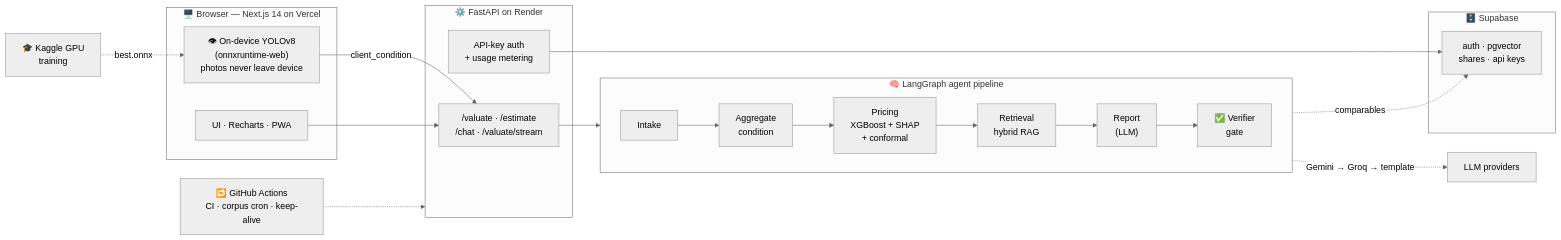
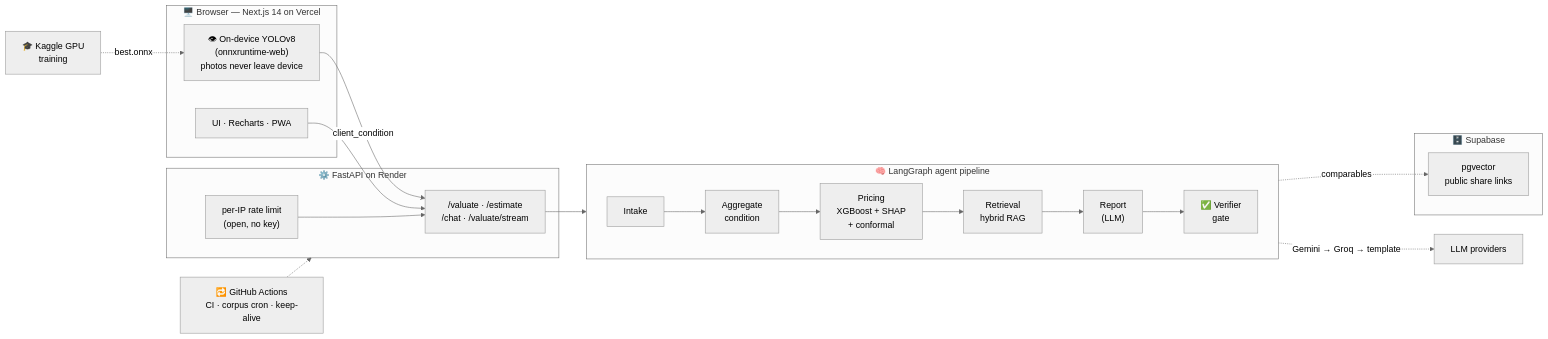
The diagram in README.md (krish2105/AutoValuate-Intelligence), drawn with Mermaid (neutral theme) before and after one commit. The commit also changed other lines of this file, not shown here.

````diff
--- a/README.md
+++ b/README.md
@@ -66,35 +68,35 @@
 ```mermaid
 flowchart LR
     subgraph Client["🖥️ Browser — Next.js 14 on Vercel"]
         UI["UI · Recharts · PWA"]
         CV["👁 On-device YOLOv8<br/>(onnxruntime-web)<br/>photos never leave device"]
     end
 
     subgraph API["⚙️ FastAPI on Render"]
         EP["/valuate · /estimate<br/>/chat · /valuate/stream"]
-        KEYS["API-key auth<br/>+ usage metering"]
+        RL["per-IP rate limit<br/>(open, no key)"]
     end
 
     subgraph Pipeline["🧠 LangGraph agent pipeline"]
         direction LR
         I["Intake"] --> A["Aggregate<br/>condition"]
         A --> P["Pricing<br/>XGBoost + SHAP<br/>+ conformal"]
         P --> R["Retrieval<br/>hybrid RAG"]
         R --> W["Report<br/>(LLM)"]
         W --> V["✅ Verifier<br/>gate"]
     end
 
     subgraph Data["🗄️ Supabase"]
-        DB["auth · pgvector<br/>shares · api keys"]
+        DB["pgvector<br/>public share links"]
     end
 
     CV -->|"client_condition"| EP
     UI --> EP
+    RL --> EP
     EP --> Pipeline
-    KEYS --> DB
     R -.->|comparables| DB
     W -.->|"Gemini → Groq → template"| LLM["LLM providers"]
 
     Train["🎓 Kaggle GPU<br/>training"] -.->|best.onnx| CV
     GH["🔁 GitHub Actions<br/>CI · corpus cron · keep-alive"] -.-> API
 ```
````
